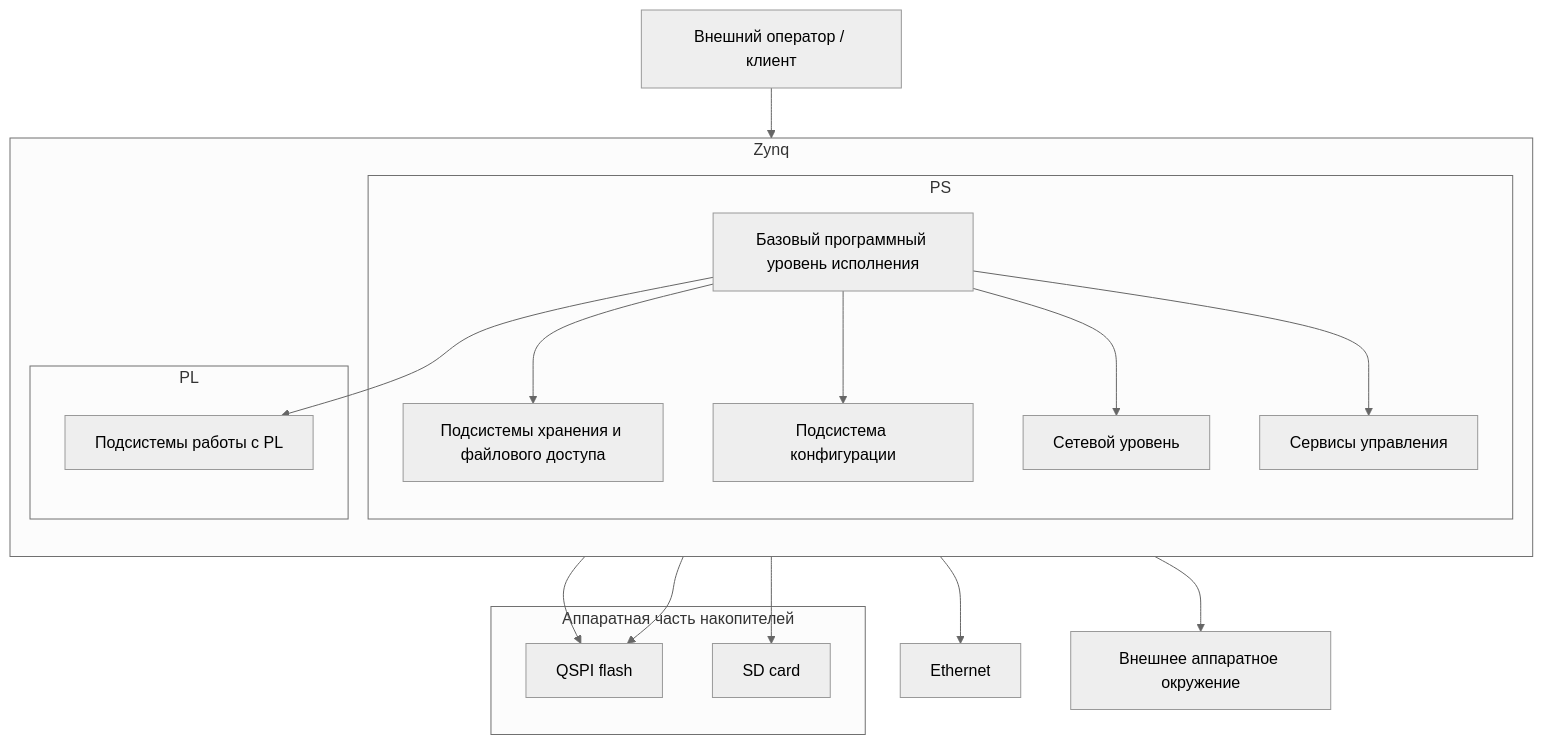
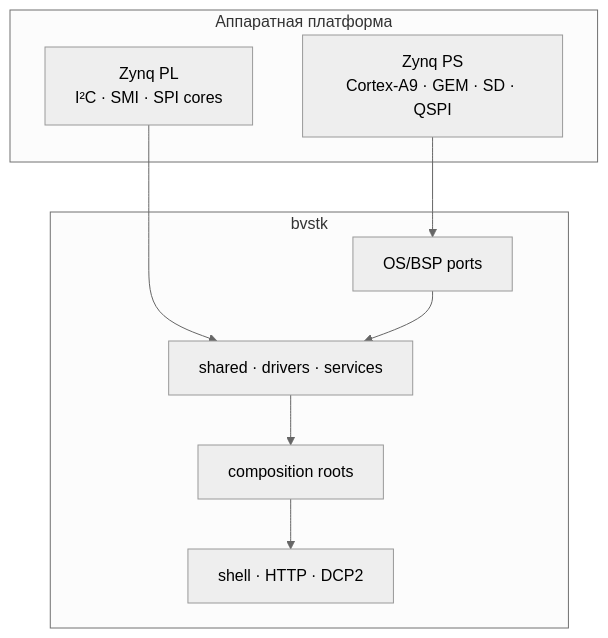
The first of 6 diagrams in docs/dev/architecture.md (igtrefilov/bvstk), drawn with Mermaid (neutral theme) before and after one commit. The commit also changed other lines of this file and 44 other files, not shown here.

````diff
--- a/docs/dev/architecture.md
+++ b/docs/dev/architecture.md
@@ -139,43 +10,18 @@
 ```mermaid
 flowchart TB
-  ext["Внешний оператор / клиент"]
-
-  subgraph zynq["Zynq"]
-    direction TB
-
-    subgraph ps["PS"]
-      rt["Базовый программный уровень исполнения"]
-      fs["Подсистемы хранения и файлового доступа"]
-      cfg["Подсистема конфигурации"]
-      net["Сетевой уровень"]
-      svc["Сервисы управления"]
+    subgraph HW["Аппаратная платформа"]
+        PS["Zynq PS\nCortex-A9 · GEM · SD · QSPI"]
+        PL["Zynq PL\nI²C · SMI · SPI cores"]
     end
-
-    subgraph pl["PL"]
-      plsw["Подсистемы работы с PL"]
+    subgraph SW["bvstk"]
+        PORT["OS/BSP ports"]
+        COMMON["shared · drivers · services"]
+        APPS["composition roots"]
+        EXT["shell · HTTP · DCP2"]
     end
-  end
-
-  subgraph storage["Аппаратная часть накопителей"]
-    qspi["QSPI flash"]
-    sd["SD card"]
-  end
-
-  eth["Ethernet"]
-  env["Внешнее аппаратное окружение"]
-
-  ext --> svc
-  rt --> fs
-  rt --> cfg
-  rt --> net
-  rt --> svc
-  rt --> plsw
-
-  cfg --> qspi
-  fs --> qspi
-  fs --> sd
-
-  net --> eth
-
-  plsw --> env
+    PS --> PORT
+    PL --> COMMON
+    PORT --> COMMON
+    COMMON --> APPS
+    APPS --> EXT
 ```
````
